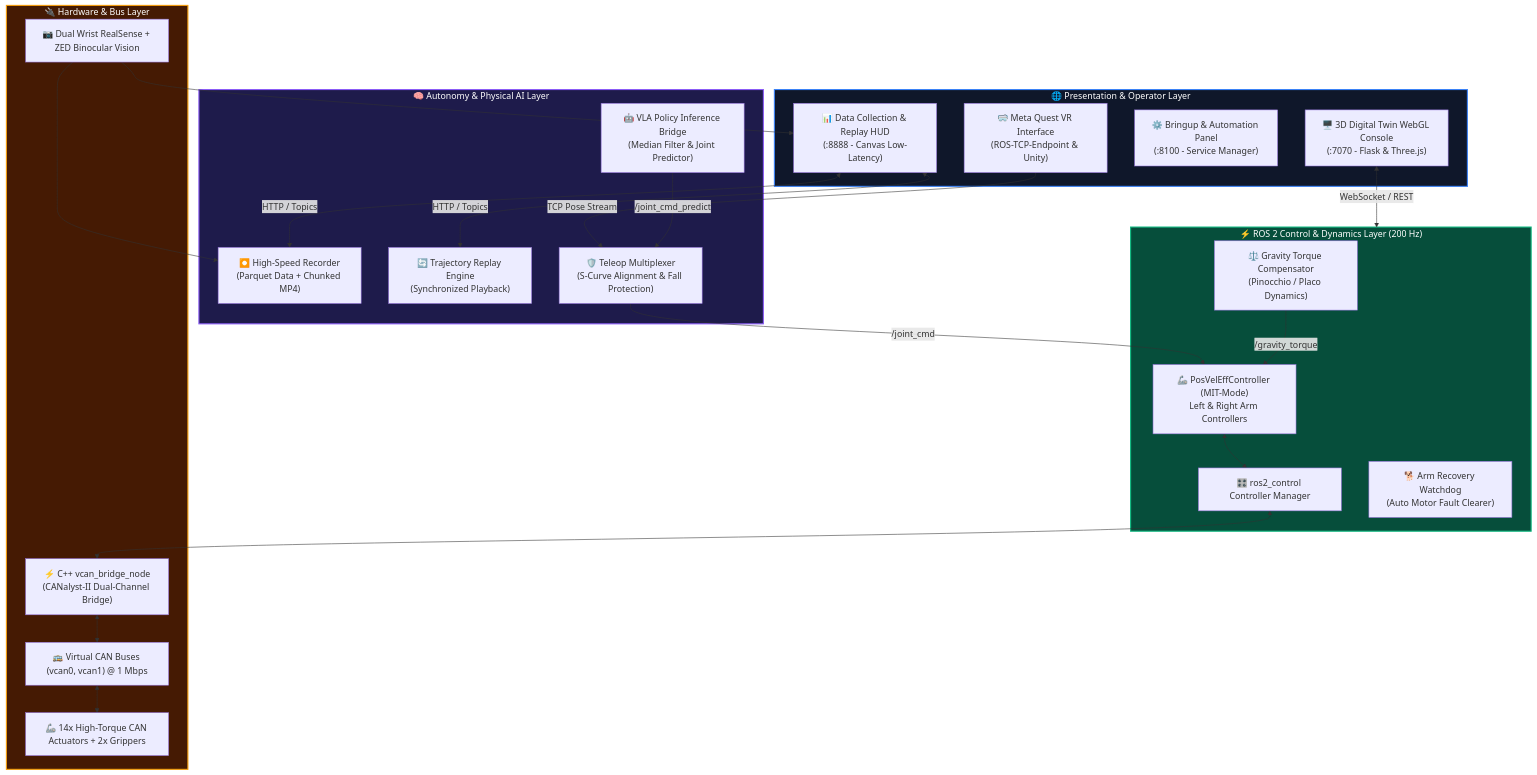
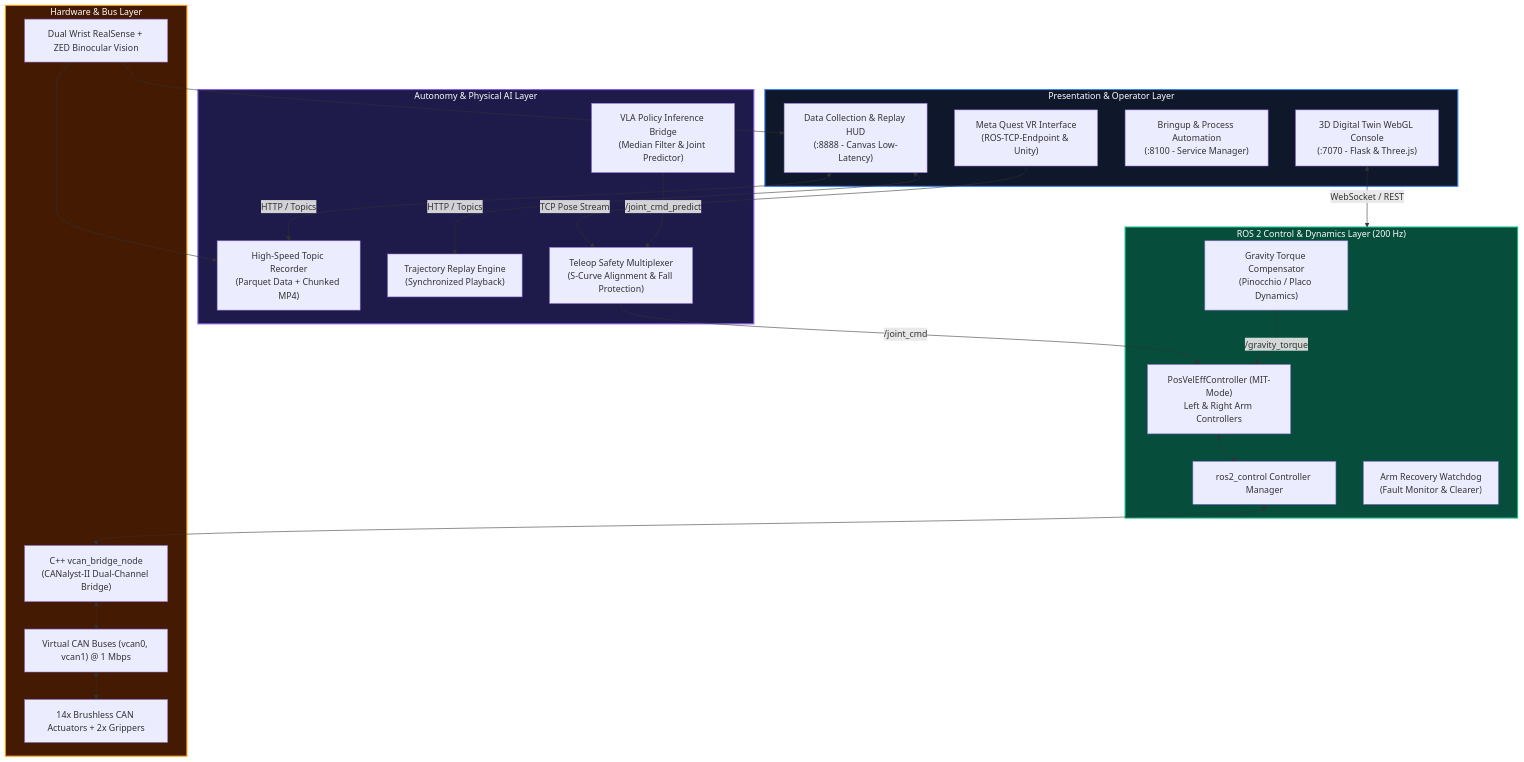
The first of 2 diagrams in readme.md (physicalai-ihubrobotics/daksha), drawn with Mermaid before and after one commit. The commit also changed other lines of this file, not shown here.

Commit message:
docs: elevate typography to enterprise standards and remove informal emojis

````diff
--- a/readme.md
+++ b/readme.md
@@ -107,49 +107,49 @@
 ```mermaid
 graph TD
-    subgraph Presentation_Layer["🌐 Presentation & Operator Layer"]
-        UI_3D["🖥️ 3D Digital Twin WebGL Console<br/>(:7070 - Flask & Three.js)"]
-        UI_DATA["📊 Data Collection & Replay HUD<br/>(:8888 - Canvas Low-Latency)"]
-        UI_AUTO["⚙️ Bringup & Automation Panel<br/>(:8100 - Service Manager)"]
-        VR_NODE["🥽 Meta Quest VR Interface<br/>(ROS-TCP-Endpoint & Unity)"]
+    subgraph Presentation_Layer["Presentation & Operator Layer"]
+        UI_3D["3D Digital Twin WebGL Console<br/>(:7070 - Flask & Three.js)"]
+        UI_DATA["Data Collection & Replay HUD<br/>(:8888 - Canvas Low-Latency)"]
+        UI_AUTO["Bringup & Process Automation<br/>(:8100 - Service Manager)"]
+        VR_NODE["Meta Quest VR Interface<br/>(ROS-TCP-Endpoint & Unity)"]
     end
 
-    subgraph Intelligence_Layer["🧠 Autonomy & Physical AI Layer"]
-        VLA["🤖 VLA Policy Inference Bridge<br/>(Median Filter & Joint Predictor)"]
-        REC["⏺️ High-Speed Recorder<br/>(Parquet Data + Chunked MP4)"]
-        REP["🔄 Trajectory Replay Engine<br/>(Synchronized Playback)"]
-        MUX["🛡️ Teleop Multiplexer<br/>(S-Curve Alignment & Fall Protection)"]
+    subgraph Intelligence_Layer["Autonomy & Physical AI Layer"]
+        VLA["VLA Policy Inference Bridge<br/>(Median Filter & Joint Predictor)"]
+        REC["High-Speed Topic Recorder<br/>(Parquet Data + Chunked MP4)"]
+        REP["Trajectory Replay Engine<br/>(Synchronized Playback)"]
+        MUX["Teleop Safety Multiplexer<br/>(S-Curve Alignment & Fall Protection)"]
     end
 
-    subgraph Control_Layer["⚡ ROS 2 Control & Dynamics Layer (200 Hz)"]
-        CM["🎛️ ros2_control Controller Manager"]
-        MIT_CTRL["🦾 PosVelEffController (MIT-Mode)<br/>Left & Right Arm Controllers"]
-        GRAV["⚖️ Gravity Torque Compensator<br/>(Pinocchio / Placo Dynamics)"]
-        WDOG["🐕 Arm Recovery Watchdog<br/>(Auto Motor Fault Clearer)"]
+    subgraph Control_Layer["ROS 2 Control & Dynamics Layer (200 Hz)"]
+        CM["ros2_control Controller Manager"]
+        MIT_CTRL["PosVelEffController (MIT-Mode)<br/>Left & Right Arm Controllers"]
+        GRAV["Gravity Torque Compensator<br/>(Pinocchio / Placo Dynamics)"]
+        WDOG["Arm Recovery Watchdog<br/>(Fault Monitor & Clearer)"]
     end
 
-    subgraph Hardware_Layer["🔌 Hardware & Bus Layer"]
-        BRIDGE["⚡ C++ vcan_bridge_node<br/>(CANalyst-II Dual-Channel Bridge)"]
-        CAN_BUS["🚌 Virtual CAN Buses (vcan0, vcan1) @ 1 Mbps"]
-        ACTUATORS["🦾 14x High-Torque CAN Actuators + 2x Grippers"]
-        CAMS["📷 Dual Wrist RealSense + ZED Binocular Vision"]
+    subgraph Hardware_Layer["Hardware & Bus Layer"]
+        BRIDGE["C++ vcan_bridge_node<br/>(CANalyst-II Dual-Channel Bridge)"]
+        CAN_BUS["Virtual CAN Buses (vcan0, vcan1) @ 1 Mbps"]
+        ACTUATORS["14x Brushless CAN Actuators + 2x Grippers"]
+        CAMS["Dual Wrist RealSense + ZED Binocular Vision"]
     end
 
     %% Flow Connections
     UI_3D <-->|WebSocket / REST| Control_Layer
     UI_DATA <-->|HTTP / Topics| REC & REP
     VR_NODE -->|TCP Pose Stream| MUX
     VLA -->|/joint_cmd_predict| MUX
     MUX -->|/joint_cmd| MIT_CTRL
     GRAV -->|/gravity_torque| MIT_CTRL
     MIT_CTRL <--> CM
     CM <--> BRIDGE
     BRIDGE <--> CAN_BUS
     CAN_BUS <--> ACTUATORS
     CAMS --> REC & UI_DATA
 
     %% Styling
     style Presentation_Layer fill:#0f172a,stroke:#3b82f6,stroke-width:2px,color:#fff
     style Intelligence_Layer fill:#1e1b4b,stroke:#8b5cf6,stroke-width:2px,color:#fff
     style Control_Layer fill:#064e3b,stroke:#10b981,stroke-width:2px,color:#fff
     style Hardware_Layer fill:#451a03,stroke:#f59e0b,stroke-width:2px,color:#fff
 ```
````
